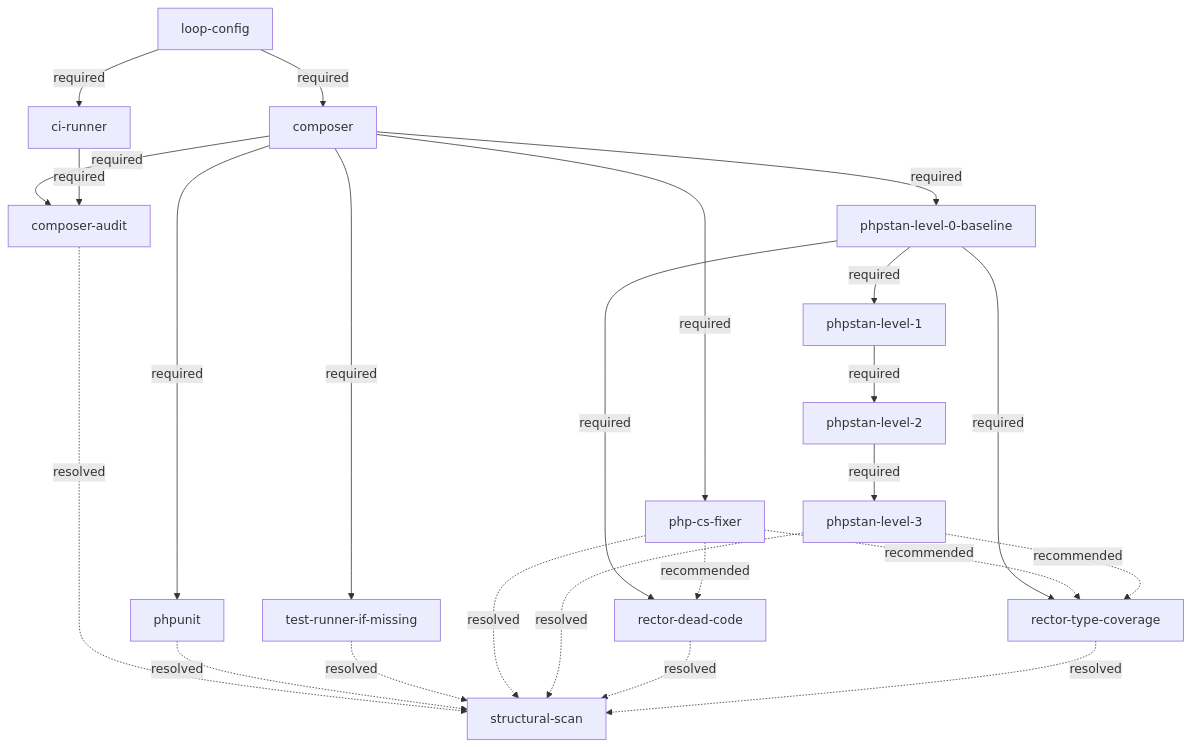
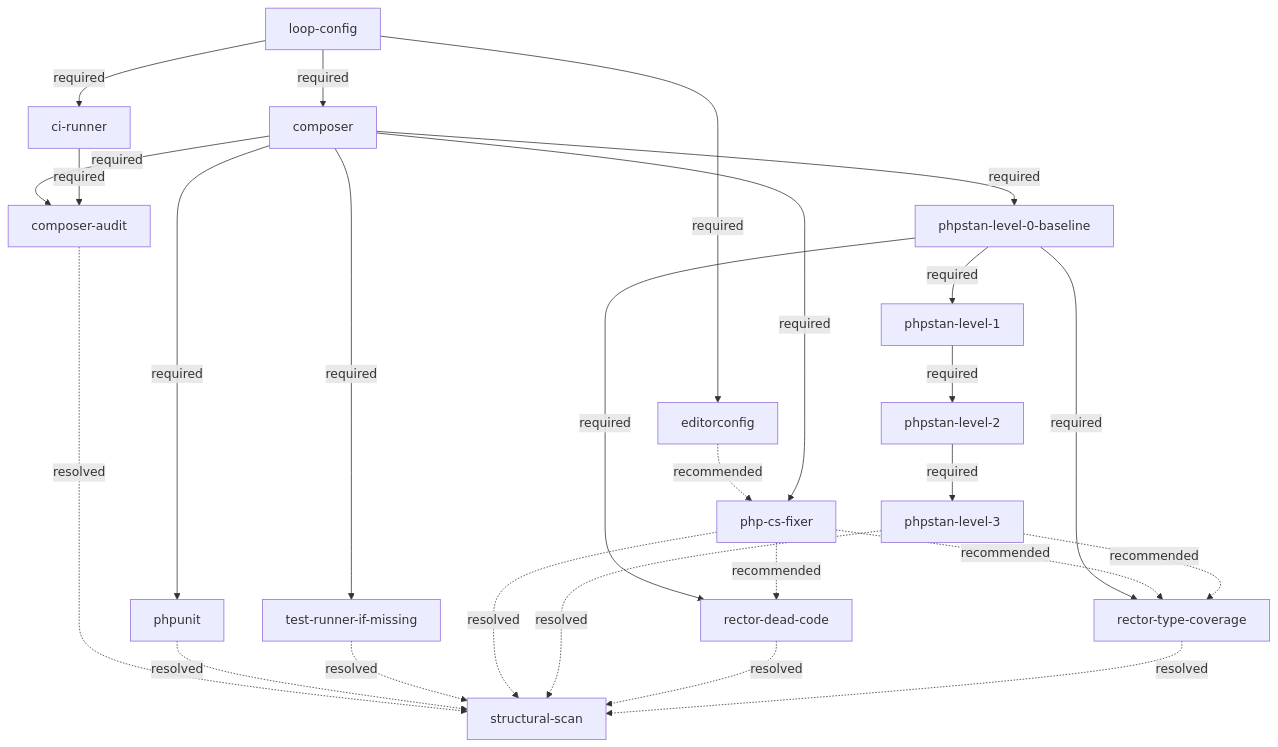
One commit to Art4/continuous-refactoring changed the diagram in skills/refactor-scan/references/php-tooling-tree.md. Above: the diagram before and after it, drawn with Mermaid. The commit also changed other lines of this file and 5 other files, not shown here.

````diff
--- a/skills/refactor-scan/references/php-tooling-tree.md
+++ b/skills/refactor-scan/references/php-tooling-tree.md
@@ -7,41 +7,44 @@
 ```mermaid
 graph TD
     lc[loop-config]
     ci[ci-runner]
     comp[composer]
+    edc[editorconfig]
     cs[php-cs-fixer]
     unit[phpunit]
     audit[composer-audit]
     tr[test-runner-if-missing]
     p0[phpstan-level-0-baseline]
     p1[phpstan-level-1]
     p2[phpstan-level-2]
     p3[phpstan-level-3]
     rdc[rector-dead-code]
     rtc[rector-type-coverage]
     ss[structural-scan]
 
     lc -->|required| comp
     lc -->|required| ci
+    lc -->|required| edc
+    edc -.->|recommended| cs
     comp -->|required| cs
     comp -->|required| unit
     comp -->|required| tr
     comp -->|required| audit
     ci -->|required| audit
     comp -->|required| p0
     p0 -->|required| p1
     p1 -->|required| p2
     p2 -->|required| p3
     p0 -->|required| rdc
     p0 -->|required| rtc
     cs -.->|recommended| rdc
     cs -.->|recommended| rtc
     p3 -.->|recommended| rtc
     audit -.->|resolved| ss
     unit -.->|resolved| ss
     tr -.->|resolved| ss
     cs -.->|resolved| ss
     p3 -.->|resolved| ss
     rdc -.->|resolved| ss
     rtc -.->|resolved| ss
 ```
````
